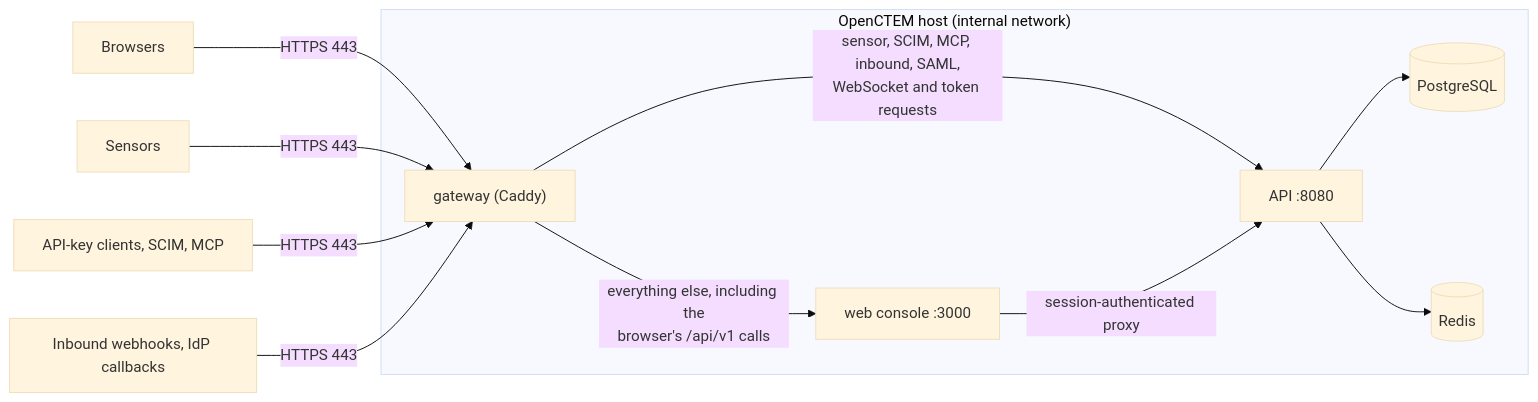
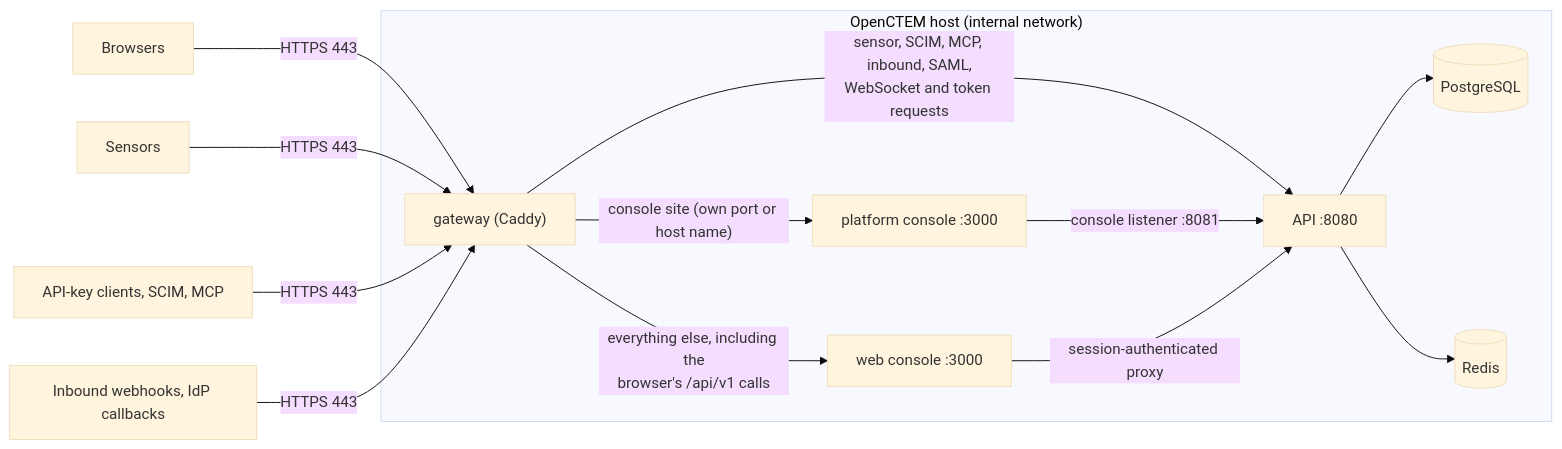
One commit to openctemio/docs changed the diagram in install/tls-and-gateway.md. Above: the diagram before and after it, drawn with Mermaid (base theme). The commit also changed other lines of this file and 11 other files, not shown here.

````diff
--- a/install/tls-and-gateway.md
+++ b/install/tls-and-gateway.md
@@ -27,19 +27,22 @@
 ```mermaid
 flowchart LR
     B[Browsers] -->|HTTPS 443| G
     S[Sensors] -->|HTTPS 443| G
     K[API-key clients, SCIM, MCP] -->|HTTPS 443| G
     H[Inbound webhooks, IdP callbacks] -->|HTTPS 443| G
     subgraph host["OpenCTEM host (internal network)"]
         G["gateway (Caddy)"]
         W["web console :3000"]
+        C["platform console :3000"]
         A["API :8080"]
         P[(PostgreSQL)]
         R[(Redis)]
         G -->|"sensor, SCIM, MCP, inbound, SAML,<br/>WebSocket and token requests"| A
         G -->|"everything else, including the<br/>browser's /api/v1 calls"| W
+        G -->|"console site (own port or host name)"| C
+        C -->|"console listener :8081"| A
         W -->|"session-authenticated proxy"| A
         A --> P
         A --> R
     end
 ```
````
